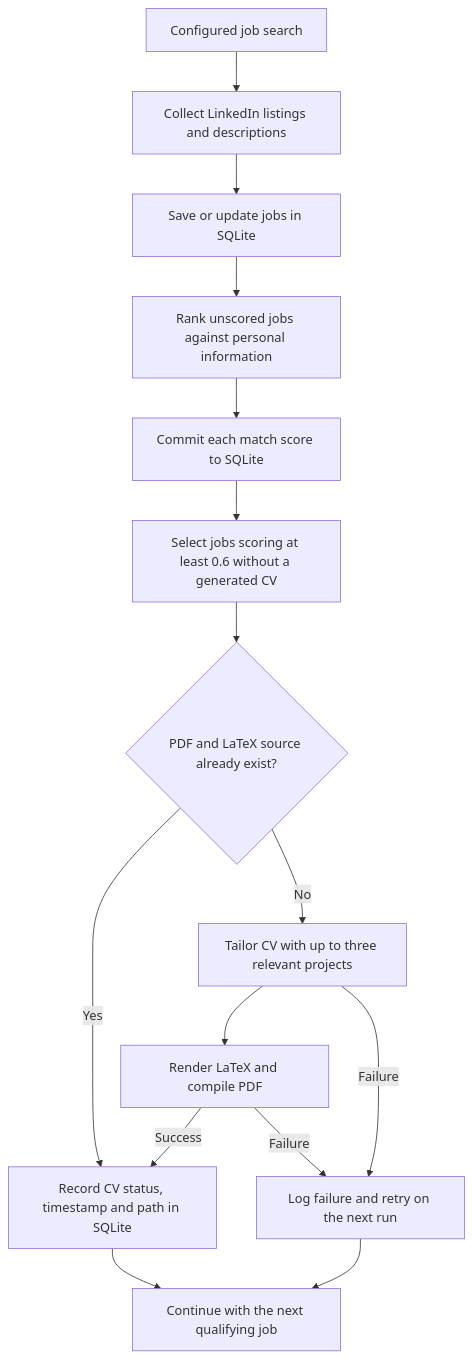
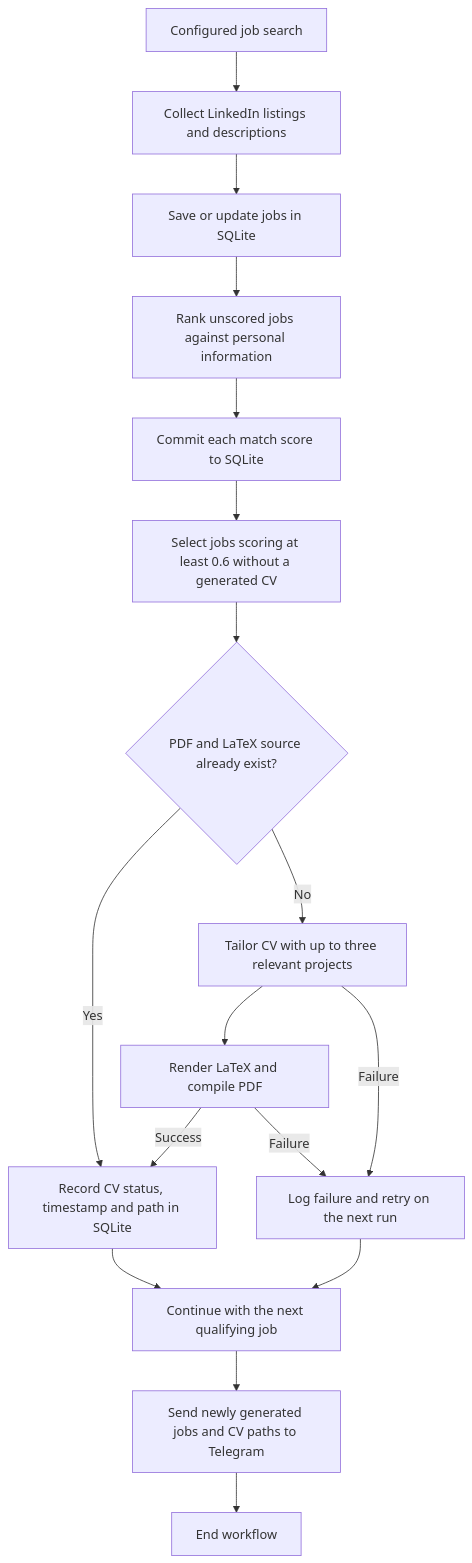
The diagram in README.md (AbelHaro/job-finder), drawn with Mermaid before and after one commit. The commit also changed other lines of this file and 10 other files, not shown here.

````diff
--- a/README.md
+++ b/README.md
@@ -9,17 +9,19 @@
 ```mermaid
 flowchart TD
     Search[Configured job search] --> Collect[Collect LinkedIn listings and descriptions]
     Collect --> Store[Save or update jobs in SQLite]
     Store --> Rank[Rank unscored jobs against personal information]
     Rank --> Scores[Commit each match score to SQLite]
     Scores --> Select[Select jobs scoring at least 0.6 without a generated CV]
     Select --> Existing{PDF and LaTeX source already exist?}
     Existing -->|Yes| Record[Record CV status, timestamp and path in SQLite]
     Existing -->|No| Tailor[Tailor CV with up to three relevant projects]
     Tailor --> Compile[Render LaTeX and compile PDF]
     Compile -->|Success| Record
     Tailor -->|Failure| Retry[Log failure and retry on the next run]
     Compile -->|Failure| Retry
     Record --> Next[Continue with the next qualifying job]
     Retry --> Next
+    Next --> Notify[Send newly generated jobs and CV paths to Telegram]
+    Notify --> End[End workflow]
 ```
````
